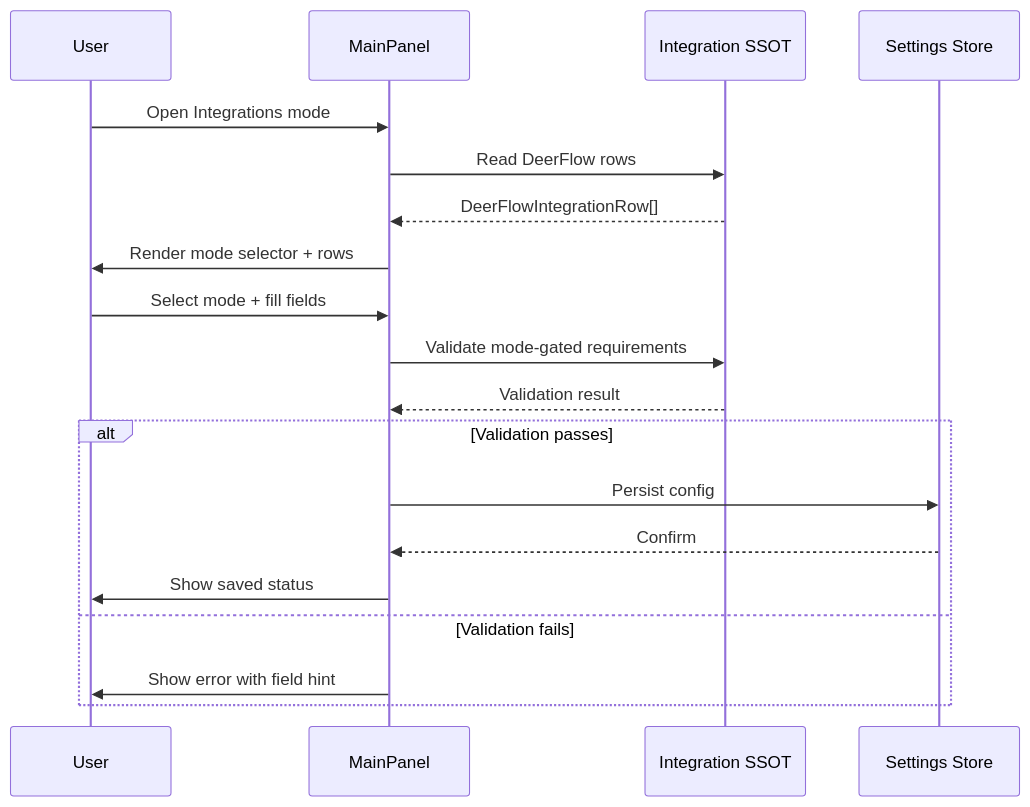
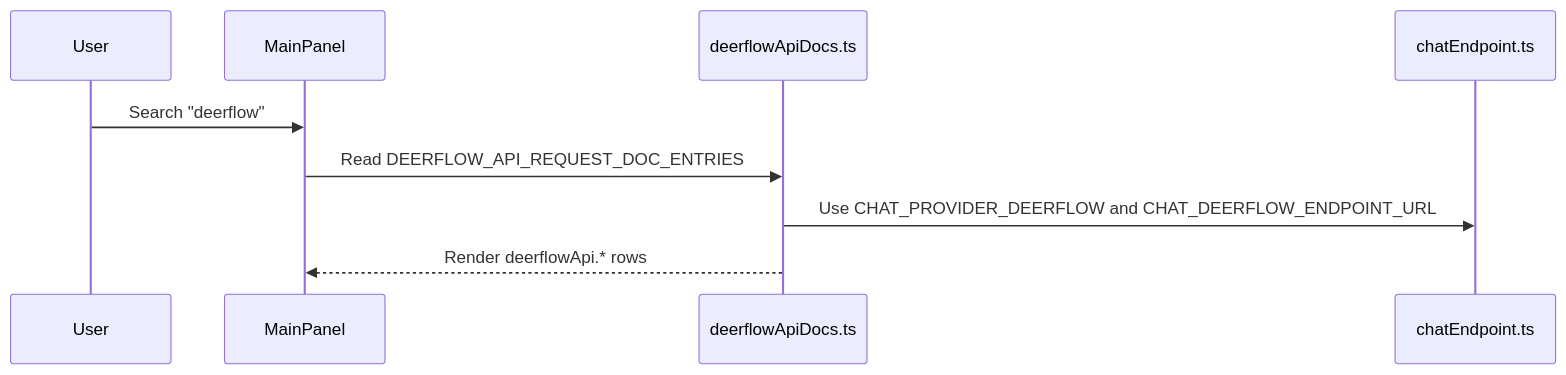
One commit to huijoohwee/knowgrph changed the first of 3 diagrams in docs/documents/knowgrph-deerflow/knowgrph-deerflow-prd-tad-integration-contracts-and-patterns.md. Above: the diagram before and after it, drawn with Mermaid. The commit also changed other lines of this file and 88 other files, not shown here.

````diff
--- a/docs/documents/knowgrph-deerflow/knowgrph-deerflow-prd-tad-integration-contracts-and-patterns.md
+++ b/docs/documents/knowgrph-deerflow/knowgrph-deerflow-prd-tad-integration-contracts-and-patterns.md
@@ -331,22 +162,12 @@
 ```mermaid
 sequenceDiagram
     participant User
     participant MainPanel
-    participant SSOT as Integration SSOT
-    participant Store as Settings Store
+    participant Rows as deerflowApiDocs.ts
+    participant Endpoint as chatEndpoint.ts
 
-    User ->> MainPanel : Open Integrations mode
-    MainPanel ->> SSOT : Read DeerFlow rows
-    SSOT -->> MainPanel : DeerFlowIntegrationRow[]
-    MainPanel ->> User : Render mode selector + rows
-    User ->> MainPanel : Select mode + fill fields
-    MainPanel ->> SSOT : Validate mode-gated requirements
-    SSOT -->> MainPanel : Validation result
-    alt Validation passes
-        MainPanel ->> Store : Persist config
-        Store -->> MainPanel : Confirm
-        MainPanel ->> User : Show saved status
-    else Validation fails
-        MainPanel ->> User : Show error with field hint
-    end
+    User ->> MainPanel : Search "deerflow"
+    MainPanel ->> Rows : Read DEERFLOW_API_REQUEST_DOC_ENTRIES
+    Rows ->> Endpoint : Use CHAT_PROVIDER_DEERFLOW and CHAT_DEERFLOW_ENDPOINT_URL
+    Rows -->> MainPanel : Render deerflowApi.* rows
 ```
````
